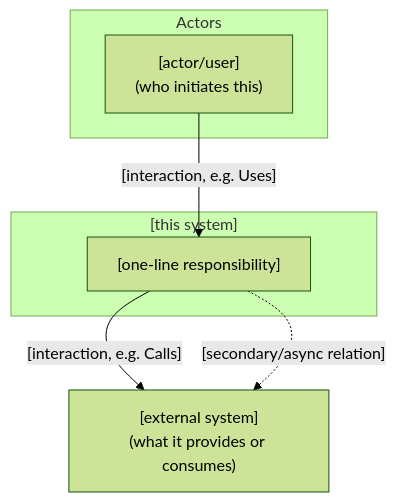
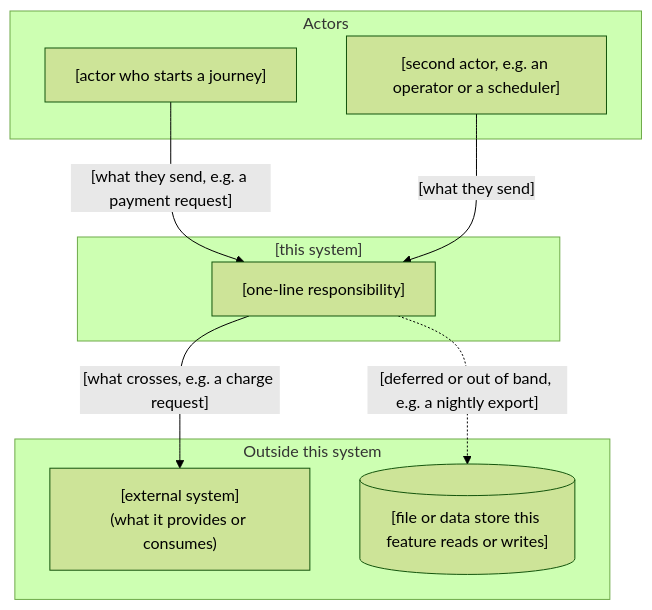
One commit to khoavu882/do-flow changed the first of 6 diagrams in core/shared/templates/doflow/design-template.md. Above: the diagram before and after it, drawn with Mermaid (forest theme). The commit also changed other lines of this file and 3 other files, not shown here.

First line of the commit message:
docs(guidance,templates): say what each diagram slot has to show

````diff
--- a/core/shared/templates/doflow/design-template.md
+++ b/core/shared/templates/doflow/design-template.md
@@ -73,14 +76,19 @@
 ```mermaid
 flowchart TB
     subgraph actors["Actors"]
-        USER["[actor/user]<br/>(who initiates this)"]
+        USER["[actor who starts a journey]"]
+        OPS["[second actor, e.g. an operator or a scheduler]"]
     end
     subgraph system["[this system]"]
         SVC["[one-line responsibility]"]
     end
-    EXT["[external system]<br/>(what it provides or consumes)"]
+    subgraph outside["Outside this system"]
+        EXT["[external system]<br/>(what it provides or consumes)"]
+        STORE[("[file or data store this feature reads or writes]")]
+    end
 
-    USER -->|"[interaction, e.g. Uses]"| SVC
-    SVC -->|"[interaction, e.g. Calls]"| EXT
-    SVC -.->|"[secondary/async relation]"| EXT
+    USER -->|"[what they send, e.g. a payment request]"| SVC
+    OPS -->|"[what they send]"| SVC
+    SVC -->|"[what crosses, e.g. a charge request]"| EXT
+    SVC -.->|"[deferred or out of band, e.g. a nightly export]"| STORE
 ```
````
